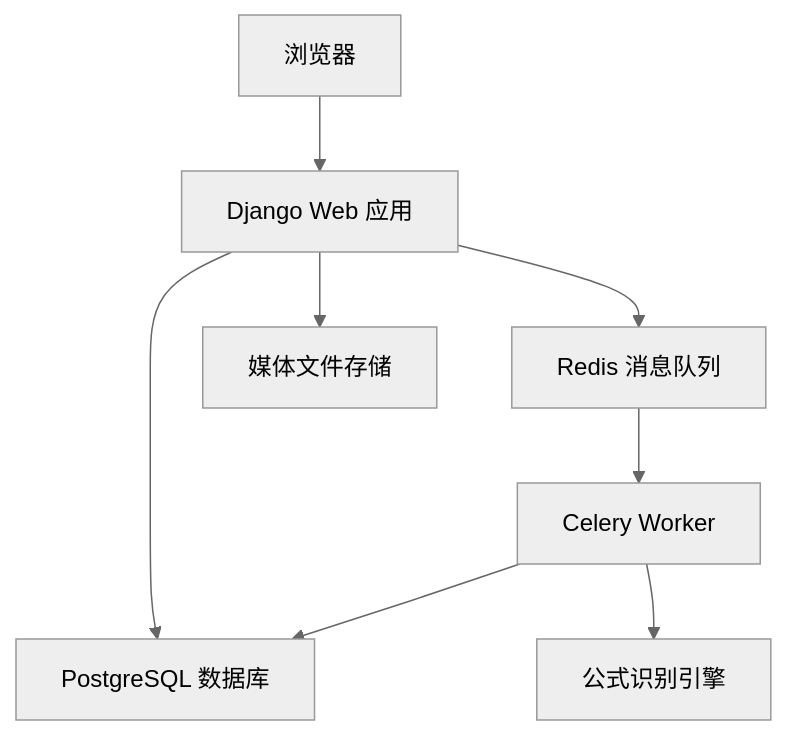
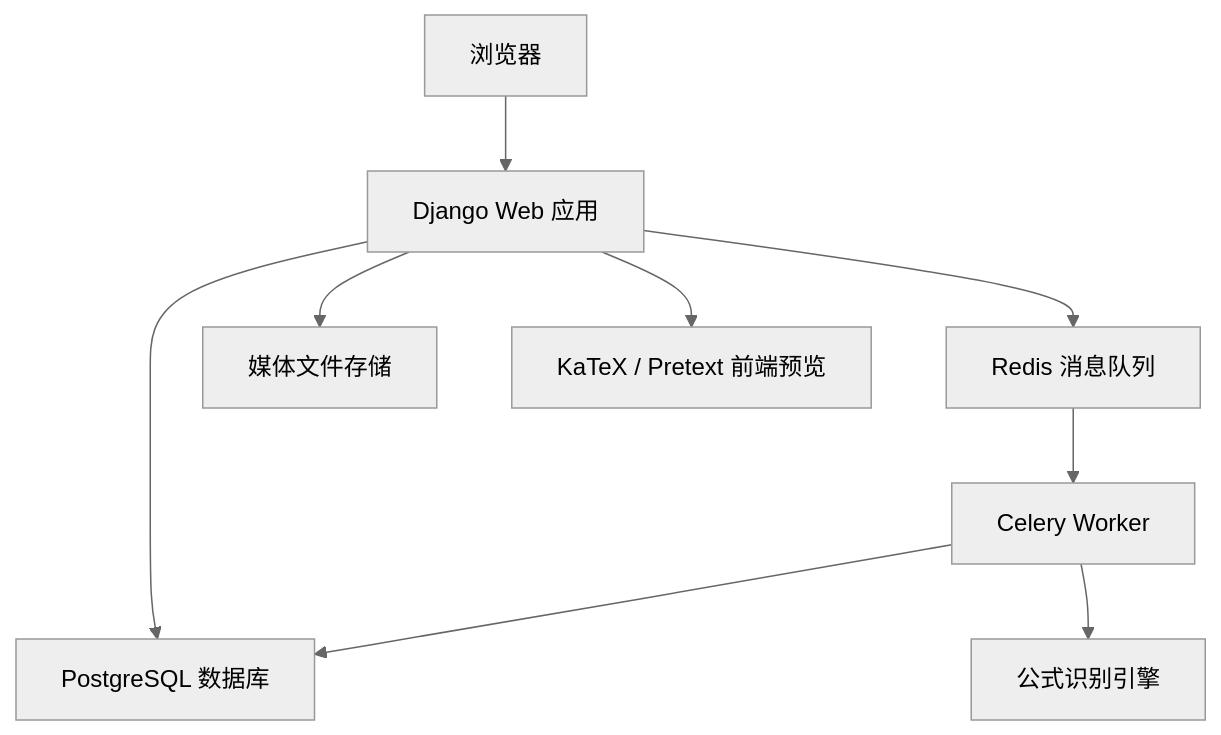
The diagram in docs/02-总体架构.md (Timcai06/LinuxWeek11-Django-FormulaLab), drawn with Mermaid (neutral theme) before and after one commit. The commit also changed other lines of this file and 10 other files, not shown here.

Commit message:
Update docs for product workspace architecture

````diff
--- a/docs/02-总体架构.md
+++ b/docs/02-总体架构.md
@@ -13,10 +13,11 @@
 ```mermaid
 flowchart TD
     A["浏览器"] --> B["Django Web 应用"]
     B --> C["PostgreSQL 数据库"]
     B --> D["Redis 消息队列"]
     D --> E["Celery Worker"]
     E --> F["公式识别引擎"]
     E --> C
     B --> G["媒体文件存储"]
+    B --> H["KaTeX / Pretext 前端预览"]
 ```
````
